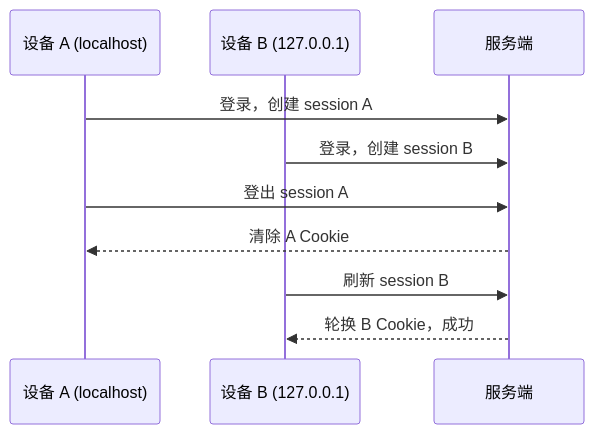
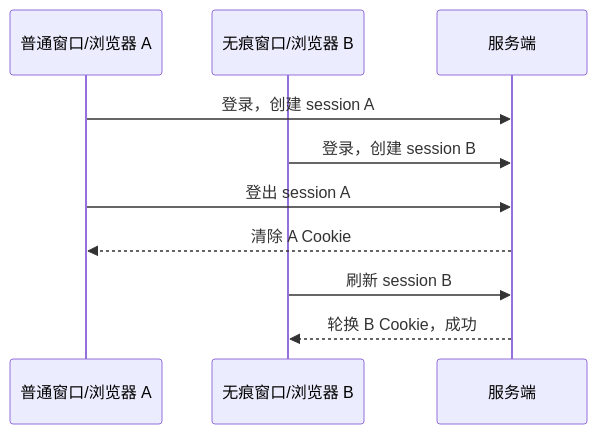
The fifth of 5 diagrams in docs/learning/phase-02-refresh-token-session.md (BangShou1st/ai-collab), drawn with Mermaid before and after one commit. The commit also changed other lines of this file and 40 other files, not shown here.

````diff
--- a/docs/learning/phase-02-refresh-token-session.md
+++ b/docs/learning/phase-02-refresh-token-session.md
@@ -208,12 +208,12 @@
 ```mermaid
 sequenceDiagram
-    participant A as 设备 A (localhost)
-    participant B as 设备 B (127.0.0.1)
+    participant A as 普通窗口/浏览器 A
+    participant B as 无痕窗口/浏览器 B
     participant S as 服务端
     A->>S: 登录，创建 session A
     B->>S: 登录，创建 session B
     A->>S: 登出 session A
     S-->>A: 清除 A Cookie
     B->>S: 刷新 session B
     S-->>B: 轮换 B Cookie，成功
 ```
````
